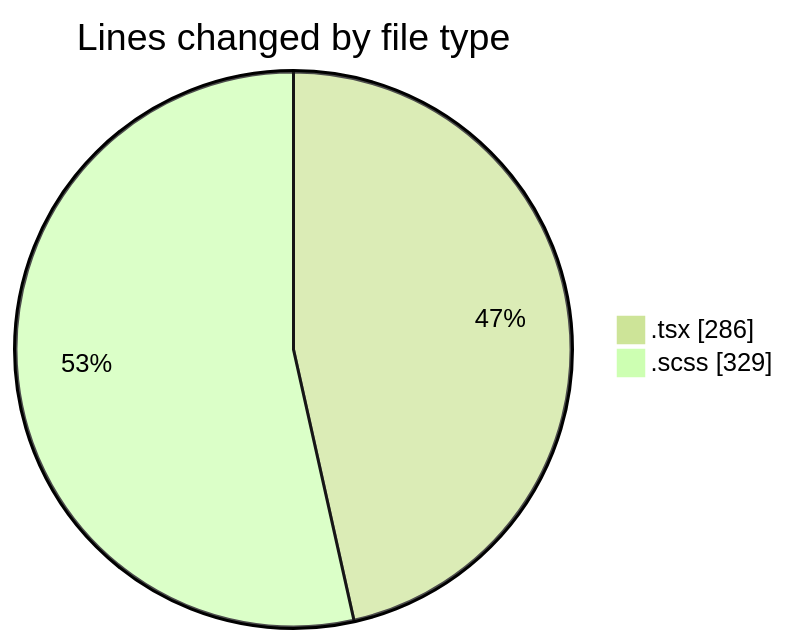
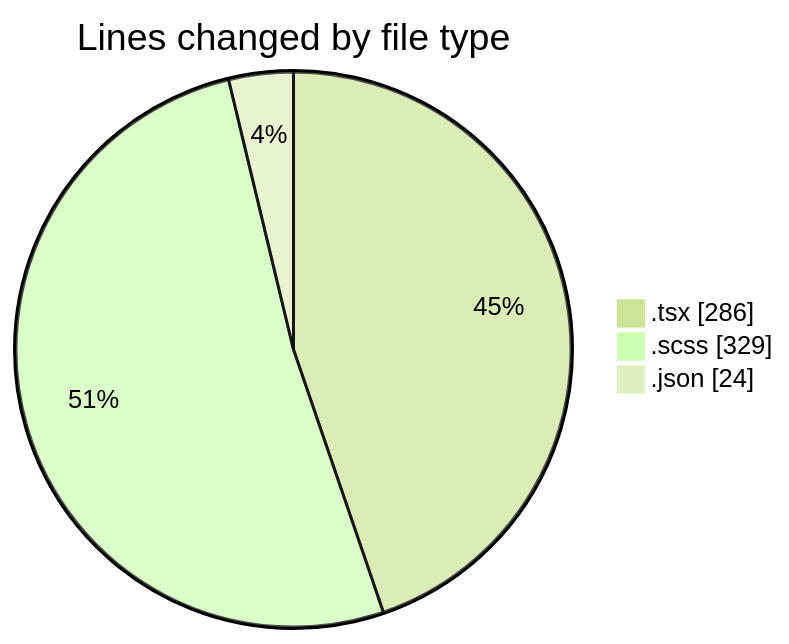
The first of 2 diagrams in 2025-12-11/cda/README.md (momahboobian/code-tracking), drawn with Mermaid (forest theme) before and after one commit. The commit also changed other lines of this file and 1 other file, not shown here.

````diff
--- a/2025-12-11/cda/README.md
+++ b/2025-12-11/cda/README.md
@@ -23,6 +24,7 @@
 ```mermaid
 pie showData
 title Lines changed by file type
 ".tsx" : 286
 ".scss" : 329
+".json" : 24
 ```
````
